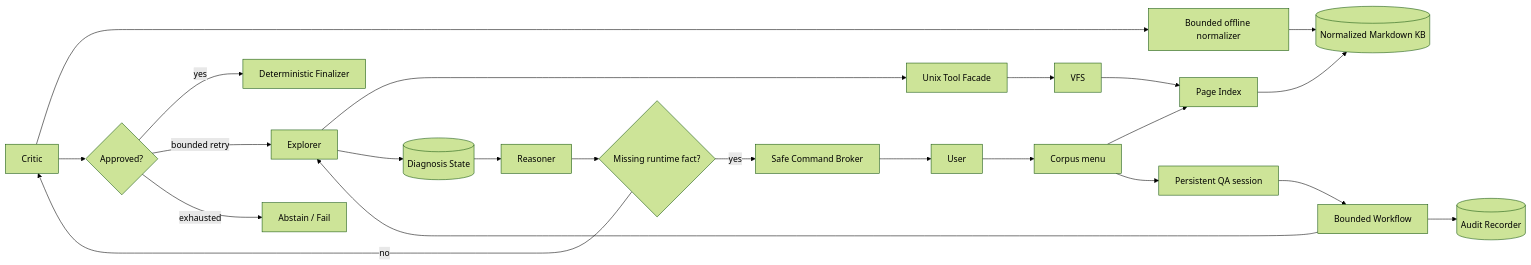
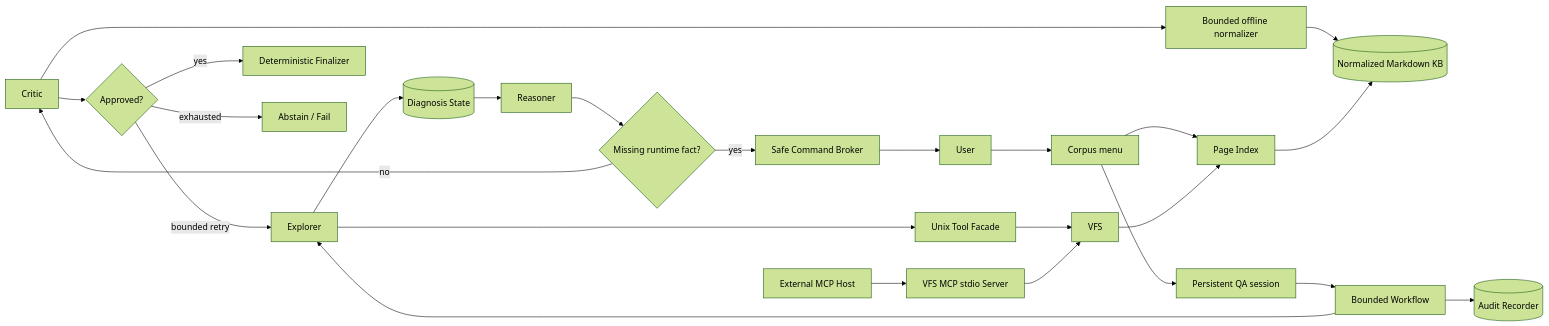
The first of 2 diagrams in docs/architecture.md (YukiSprite/MultiAgentFileAnalysis), drawn with Mermaid (forest theme) before and after one commit. The commit also changed other lines of this file and 12 other files, not shown here.

````diff
--- a/docs/architecture.md
+++ b/docs/architecture.md
@@ -11,25 +11,27 @@
 ```mermaid
 flowchart LR
     C[Local CHM] --> N[Bounded offline normalizer]
     N --> K
     U[User] --> M[Corpus menu]
     M --> I
     M --> Q[Persistent QA session]
     Q --> W[Bounded Workflow]
     W --> E[Explorer]
     E --> P[Unix Tool Facade]
     P --> V[VFS]
+    MH[External MCP Host] --> MS[VFS MCP stdio Server]
+    MS --> V
     V --> I[Page Index]
     I --> K[(Normalized Markdown KB)]
     E --> S[(Diagnosis State)]
     S --> R[Reasoner]
     R --> H{Missing runtime fact?}
     H -- yes --> B[Safe Command Broker]
     B --> U
     H -- no --> C[Critic]
     C --> G{Approved?}
     G -- yes --> F[Deterministic Finalizer]
     G -- bounded retry --> E
     G -- exhausted --> X[Abstain / Fail]
     W --> A[(Audit Recorder)]
 ```
````
